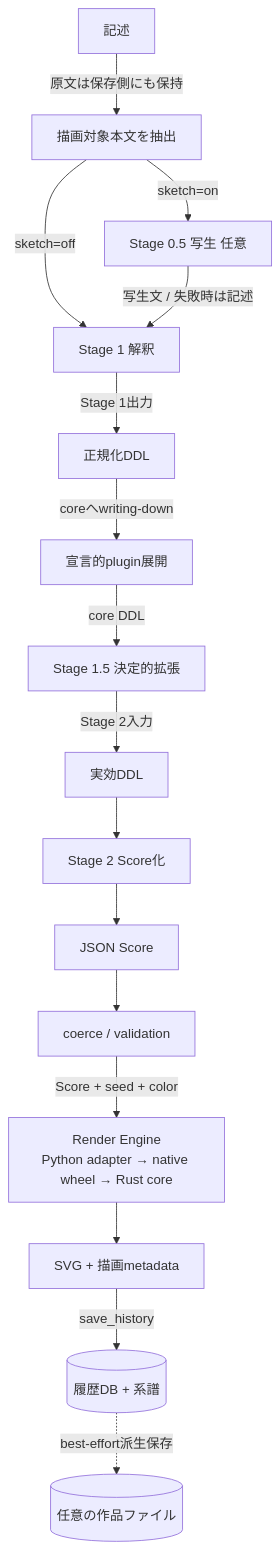
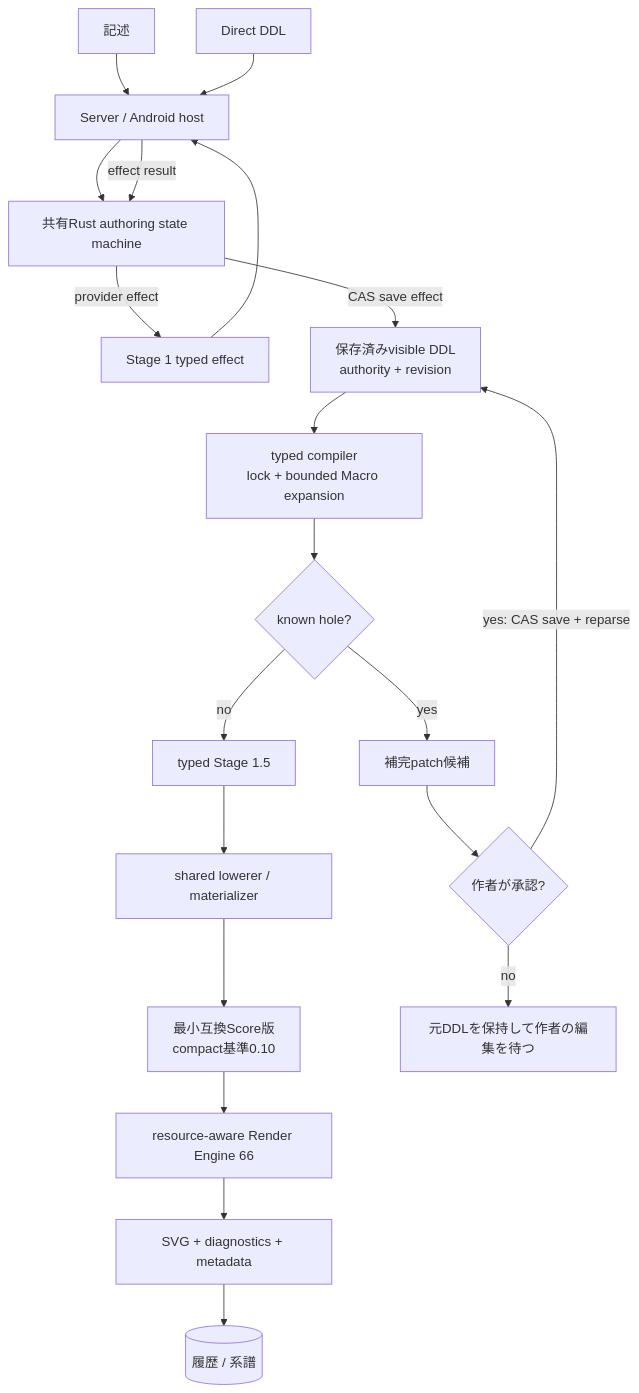
Before and after one commit to oikawas/inku-lang: the first of 2 diagrams in docs/architecture/ddl-processing-pipeline.ja.md, drawn with Mermaid. The commit also changed other lines of this file and 206 other files, not shown here.

Commit message:
Retire legacy decision layers after shared Rust cutover

````diff
--- a/docs/architecture/ddl-processing-pipeline.ja.md
+++ b/docs/architecture/ddl-processing-pipeline.ja.md
@@ -49,34 +24,30 @@
 ```mermaid
 flowchart TD
     DESC["記述"]
-    LABELS["描画対象本文を抽出"]
-    S05["Stage 0.5 写生 任意"]
-    S1["Stage 1 解釈"]
-    DDL["正規化DDL"]
-    PLUGIN["宣言的plugin展開"]
-    S15["Stage 1.5 決定的拡張"]
-    EFFECTIVE["実効DDL"]
-    S2["Stage 2 Score化"]
-    SCORE["JSON Score"]
-    COERCE["coerce / validation"]
-    RENDER["Render Engine\nPython adapter → native wheel → Rust core"]
-    SVG["SVG + 描画metadata"]
-    HISTORY[("履歴DB + 系譜")]
-    FILES[("任意の作品ファイル")]
+    DIRECT["Direct DDL"]
+    HOST["Server / Android host"]
+    CORE["共有Rust authoring state machine"]
+    S1["Stage 1 typed effect"]
+    DDL["保存済みvisible DDL\nauthority + revision"]
+    COMPILER["typed compiler\nlock + bounded Macro expansion"]
+    HOLE{"known hole?"}
+    PROPOSAL["補完patch候補"]
+    APPROVAL{"作者が承認?"}
+    S15["typed Stage 1.5"]
+    LOWER["shared lowerer / materializer"]
+    SCORE["最小互換Score版\ncompact基準0.10"]
+    RENDER["resource-aware Render Engine 66"]
+    SVG["SVG + diagnostics + metadata"]
+    HISTORY[("履歴 / 系譜")]
 
-    DESC -->|"原文は保存側にも保持"| LABELS
-    LABELS -->|"sketch=on"| S05
-    LABELS -->|"sketch=off"| S1
-    S05 -->|"写生文 / 失敗時は記述"| S1
-    S1 -->|"Stage 1出力"| DDL
-    DDL -->|"coreへwriting-down"| PLUGIN
-    PLUGIN -->|"core DDL"| S15
-    S15 -->|"Stage 2入力"| EFFECTIVE
-    EFFECTIVE --> S2
-    S2 --> SCORE
-    SCORE --> COERCE
-    COERCE -->|"Score + seed + color"| RENDER
-    RENDER --> SVG
-    SVG -->|"save_history"| HISTORY
-    HISTORY -.->|"best-effort派生保存"| FILES
+    DESC --> HOST --> CORE
+    CORE -->|"provider effect"| S1 --> HOST
+    HOST -->|"effect result"| CORE
+    DIRECT --> HOST
+    CORE -->|"CAS save effect"| DDL
+    DDL --> COMPILER --> HOLE
+    HOLE -->|"yes"| PROPOSAL --> APPROVAL
+    APPROVAL -->|"yes: CAS save + reparse"| DDL
+    APPROVAL -->|"no"| EDIT["元DDLを保持して作者の編集を待つ"]
+    HOLE -->|"no"| S15 --> LOWER --> SCORE --> RENDER --> SVG --> HISTORY
 ```
````
